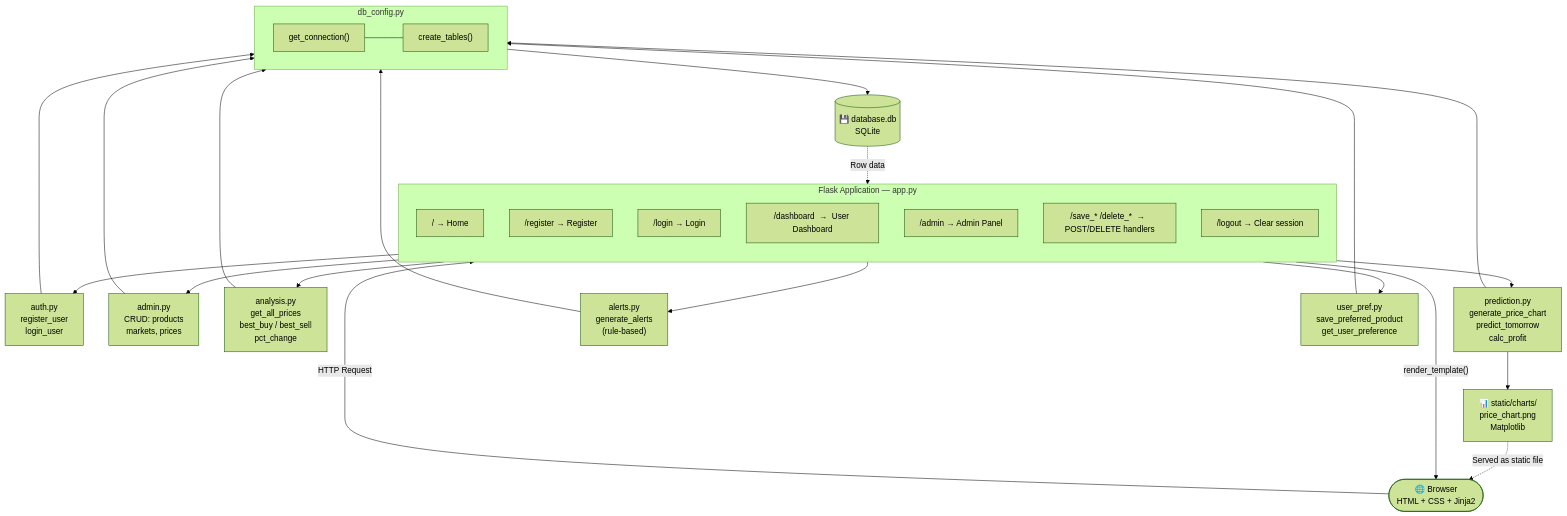
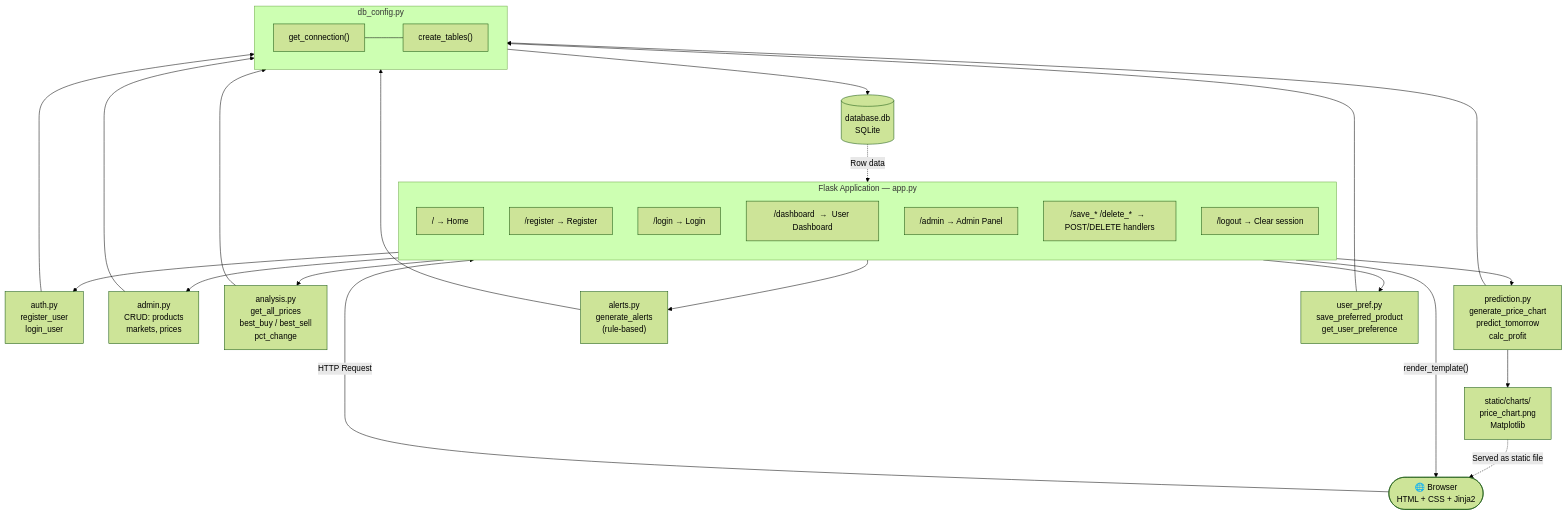
Before and after one commit to ItsMeTinku/smart-market-price-analyzer: the first of 5 diagrams in README.md, drawn with Mermaid (forest theme). The commit also changed other lines of this file, not shown here.

````diff
--- a/README.md
+++ b/README.md
@@ -86,38 +86,38 @@
 ```mermaid
 flowchart TD
     Browser(["🌐 Browser\nHTML + CSS + Jinja2"])
 
     Browser -- "HTTP Request" --> AppLayer
 
     subgraph AppLayer["Flask Application — app.py"]
         direction TB
         R1["/  →  Home"]
         R2["/register  →  Register"]
         R3["/login  →  Login"]
         R4["/dashboard  →  User Dashboard"]
         R5["/admin  →  Admin Panel"]
         R6["/save_* /delete_*  →  POST/DELETE handlers"]
         R7["/logout  →  Clear session"]
     end
 
     AppLayer --> auth["auth.py\nregister_user\nlogin_user"]
     AppLayer --> admin["admin.py\nCRUD: products\nmarkets, prices"]
     AppLayer --> analysis["analysis.py\nget_all_prices\nbest_buy / best_sell\npct_change"]
     AppLayer --> prediction["prediction.py\ngenerate_price_chart\npredict_tomorrow\ncalc_profit"]
     AppLayer --> alerts["alerts.py\ngenerate_alerts\n(rule-based)"]
     AppLayer --> user_pref["user_pref.py\nsave_preferred_product\nget_user_preference"]
 
     auth & admin & analysis & prediction & alerts & user_pref --> db_config
 
     subgraph db_config["db_config.py"]
         direction LR
         get_connection["get_connection()"] --- create_tables["create_tables()"]
     end
 
-    db_config --> DB[("💾 database.db\nSQLite")]
-    prediction --> Chart["📊 static/charts/\nprice_chart.png\nMatplotlib"]    
+    db_config --> DB[(" database.db\nSQLite")]
+    prediction --> Chart[" static/charts/\nprice_chart.png\nMatplotlib"]    
 
     DB -. "Row data" .-> AppLayer
     Chart -. "Served as static file" .-> Browser
     AppLayer -- "render_template()" --> Browser
 ```
````
